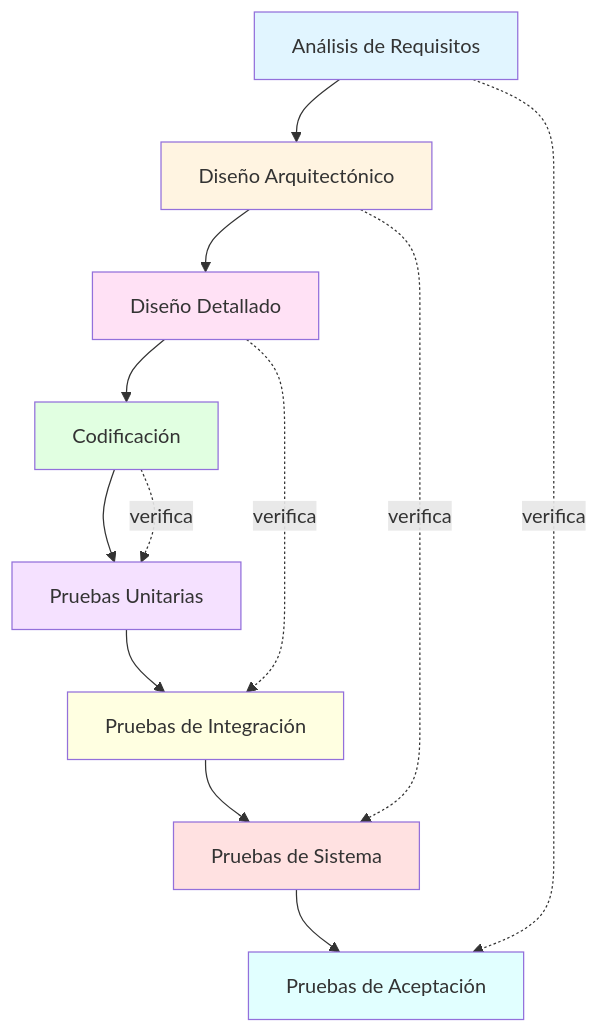
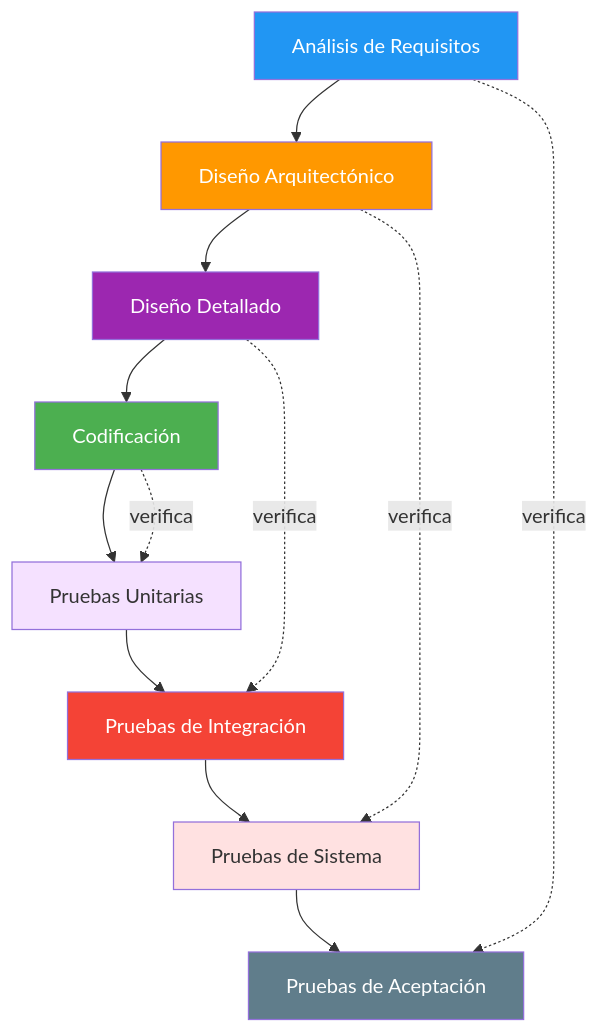
Before and after one commit to joseluisgs/EntornosDesarrollo-01-2026-2027: the second of 8 diagrams in 04-modelos-metodologias.md, drawn with Mermaid. The commit also changed other lines of this file and 9 other files, not shown here.

Commit message:
[fix] Mejoras didácticas y corrección de colores Mermaid en UD01

````diff
--- a/04-modelos-metodologias.md
+++ b/04-modelos-metodologias.md
@@ -68,24 +68,24 @@
 ```mermaid
 graph TB
     A[Análisis de Requisitos] --> B[Diseño Arquitectónico]
     B --> C[Diseño Detallado]
     C --> D[Codificación]
     D --> E[Pruebas Unitarias]
     E --> F[Pruebas de Integración]
     F --> G[Pruebas de Sistema]
     G --> H[Pruebas de Aceptación]
 
     A -.->|verifica| H
     B -.->|verifica| G
     C -.->|verifica| F
     D -.->|verifica| E
 
-    style A fill:#e1f5ff
-    style B fill:#fff4e1
-    style C fill:#ffe1f5
-    style D fill:#e1ffe1
+    style A fill:#2196F3,color:#fff
+    style B fill:#FF9800,color:#fff
+    style C fill:#9C27B0,color:#fff
+    style D fill:#4CAF50,color:#fff
     style E fill:#f5e1ff
-    style F fill:#ffffe1
+    style F fill:#f44336,color:#fff
     style G fill:#ffe1e1
-    style H fill:#e1ffff
+    style H fill:#607D8B,color:#fff
 ```
````
